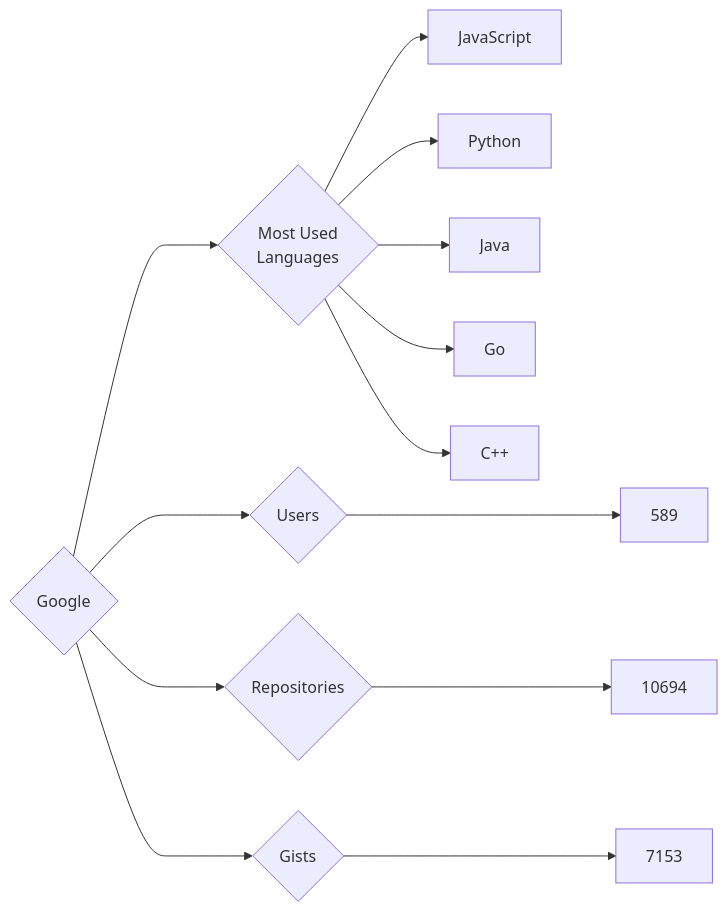
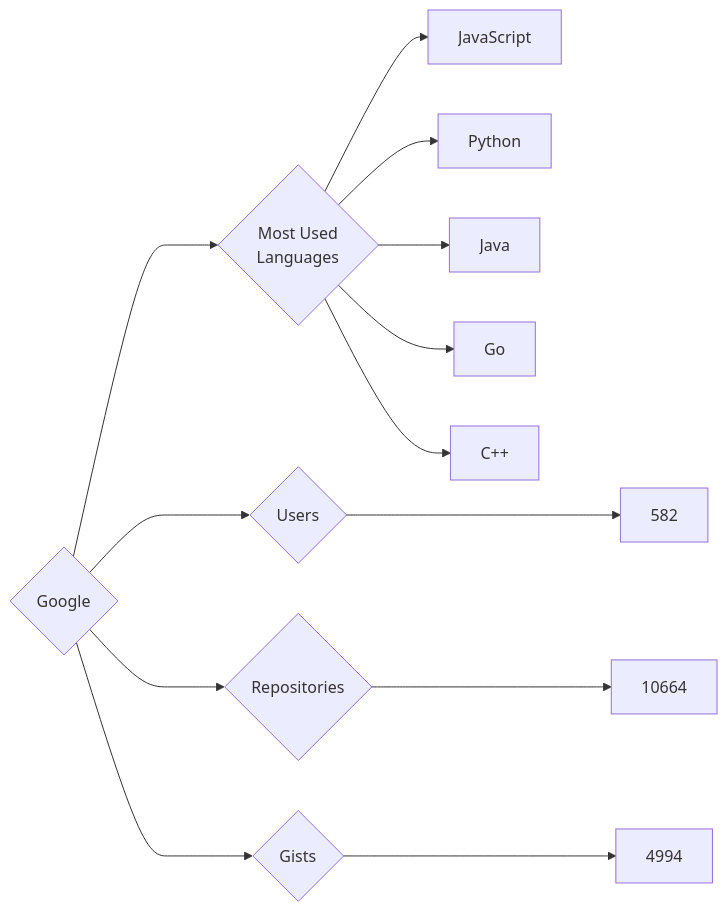
The diagram in targets/Google/README.md (trickest/insiders), drawn with Mermaid before and after one commit. The commit also changed 998 other files, not shown here.

````diff
--- a/targets/Google/README.md
+++ b/targets/Google/README.md
@@ -3,13 +3,13 @@
 ```mermaid
 graph LR
 COMPANY_NAME{Google}
-COMPANY_NAME ---> U{Users} ---> UN[589]
-COMPANY_NAME ---> R{Repositories} ---> RN[10694]
-COMPANY_NAME ---> G{Gists} ---> GN[7153]
+COMPANY_NAME ---> U{Users} ---> UN[582]
+COMPANY_NAME ---> R{Repositories} ---> RN[10664]
+COMPANY_NAME ---> G{Gists} ---> GN[4994]
 COMPANY_NAME ---> ML{Most Used<br>Languages}
 ML --> JavaScript[JavaScript]
 ML --> Python[Python]
 ML --> Java[Java]
 ML --> Go[Go]
 ML --> C++[C++]
 ```
````
